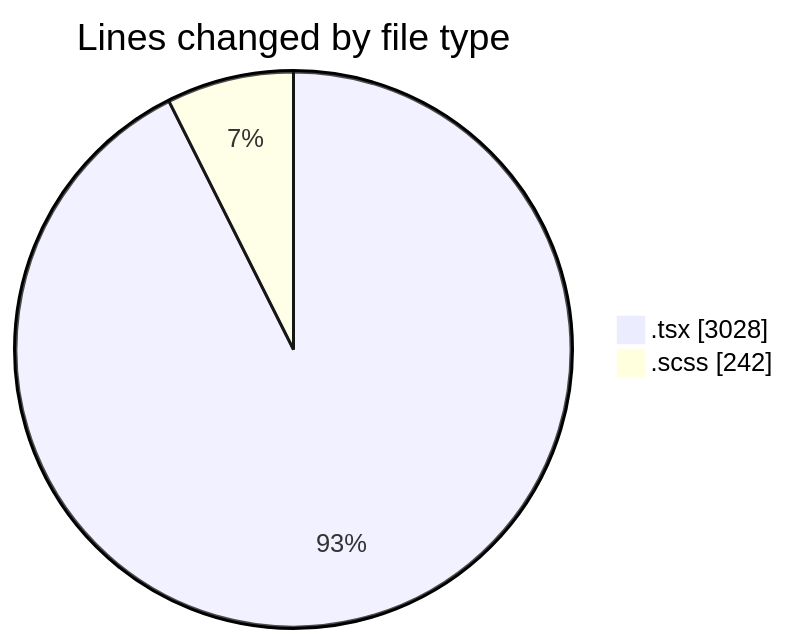
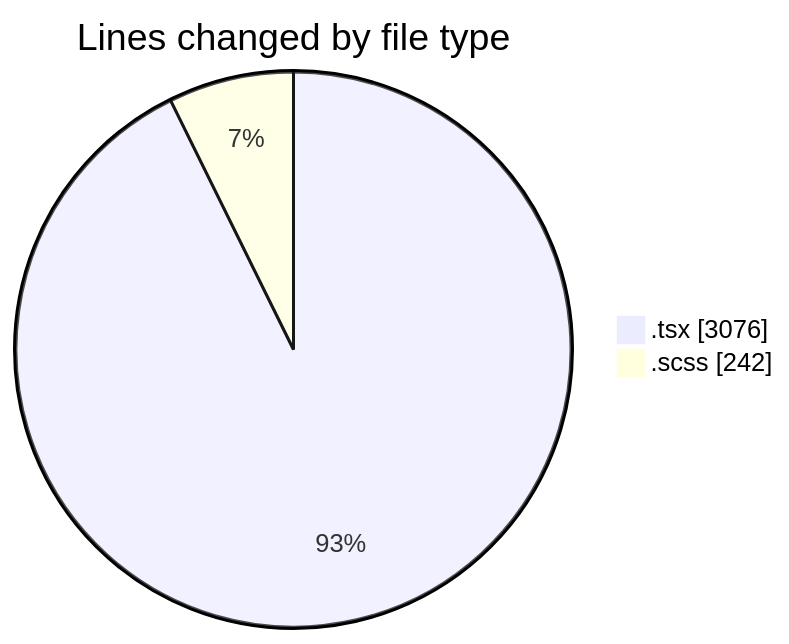
Before and after one commit to momahboobian/code-tracking: the first of 2 diagrams in 2025-07-03/cda/README.md, drawn with Mermaid. The commit also changed other lines of this file and 1 other file, not shown here.

````diff
--- a/2025-07-03/cda/README.md
+++ b/2025-07-03/cda/README.md
@@ -34,6 +35,6 @@
 ```mermaid
 pie showData
 title Lines changed by file type
-".tsx" : 3028
+".tsx" : 3076
 ".scss" : 242
 ```
````
